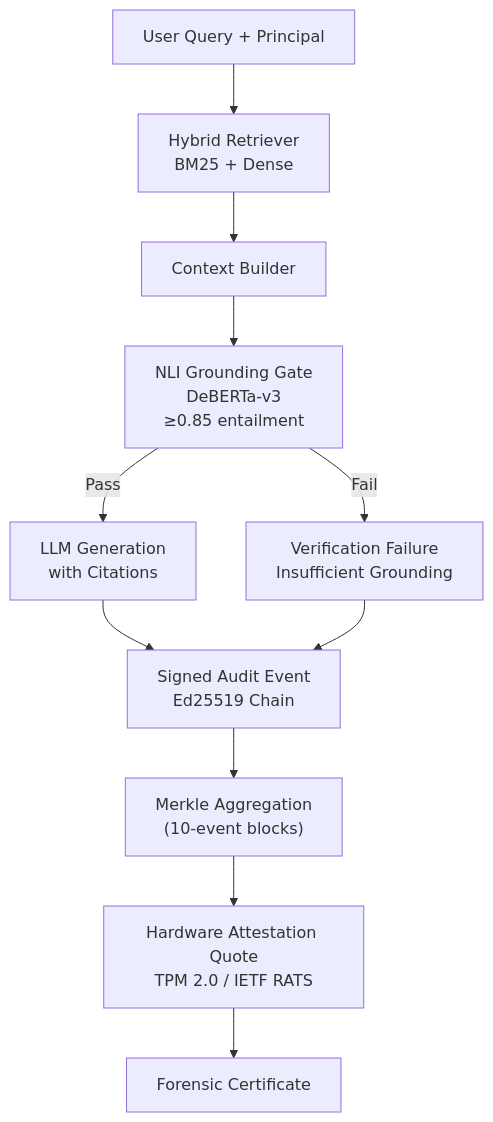
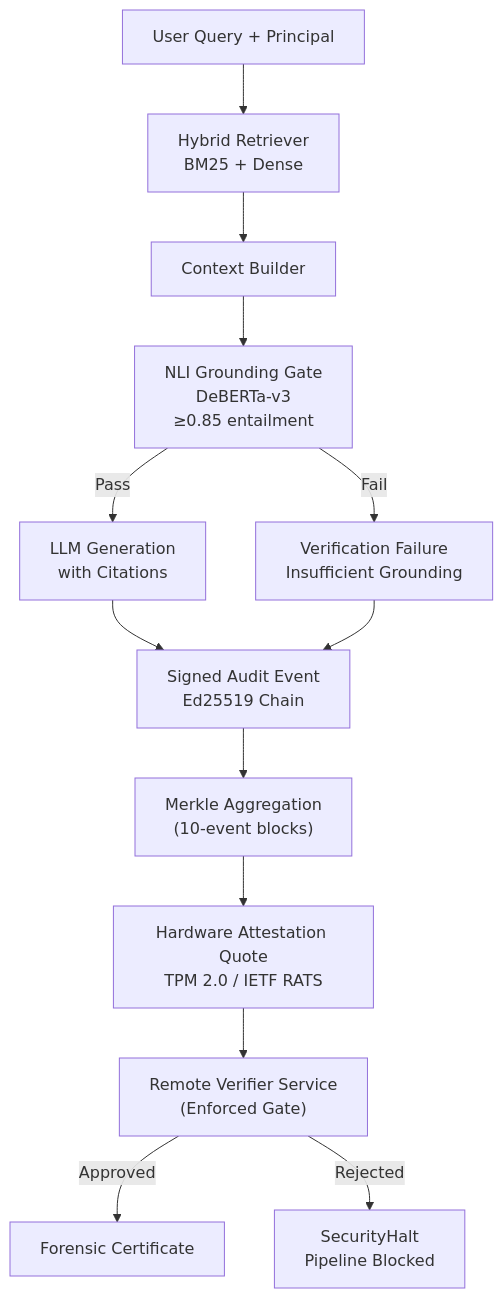
One commit to anandkrshnn/sovereign-ai-stack changed the first of 2 diagrams in README.md. Above: the diagram before and after it, drawn with Mermaid. The commit also changed other lines of this file, not shown here.

Commit message:
docs: update README with v0.1.0a5 Mandatory Attestation Gate and optimized architecture

````diff
--- a/README.md
+++ b/README.md
@@ -21,13 +21,15 @@
 ```mermaid
 flowchart TD
     A["User Query + Principal"] --> B["Hybrid Retriever<br/>BM25 + Dense"]
     B --> C["Context Builder"]
     C --> D["NLI Grounding Gate<br/>DeBERTa-v3<br/>≥0.85 entailment"]
     D -->|Pass| E["LLM Generation<br/>with Citations"]
     D -->|Fail| F["Verification Failure<br/>Insufficient Grounding"]
     E --> G["Signed Audit Event<br/>Ed25519 Chain"]
     F --> G
     G --> H["Merkle Aggregation<br/>(10-event blocks)"]
     H --> I["Hardware Attestation Quote<br/>TPM 2.0 / IETF RATS"]
-    I --> J["Forensic Certificate"]
+    I --> J["Remote Verifier Service<br/>(Enforced Gate)"]
+    J -->|Approved| K["Forensic Certificate"]
+    J -->|Rejected| L["SecurityHalt<br/>Pipeline Blocked"]
 ```
````
